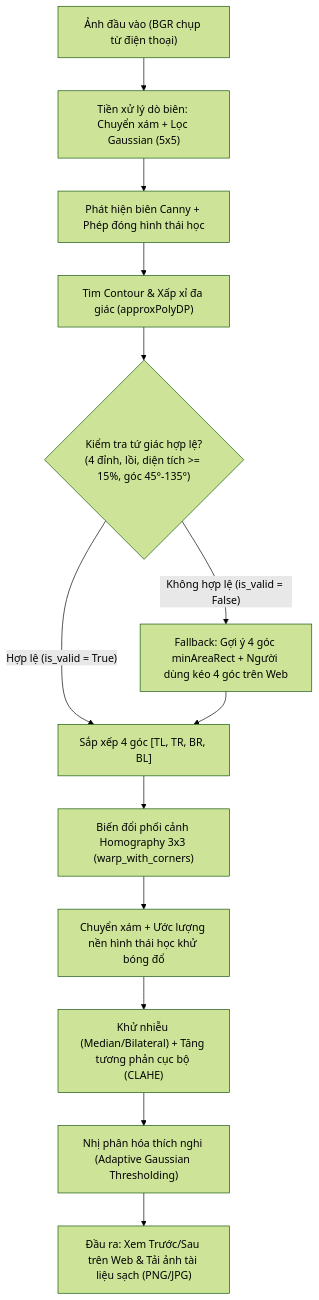
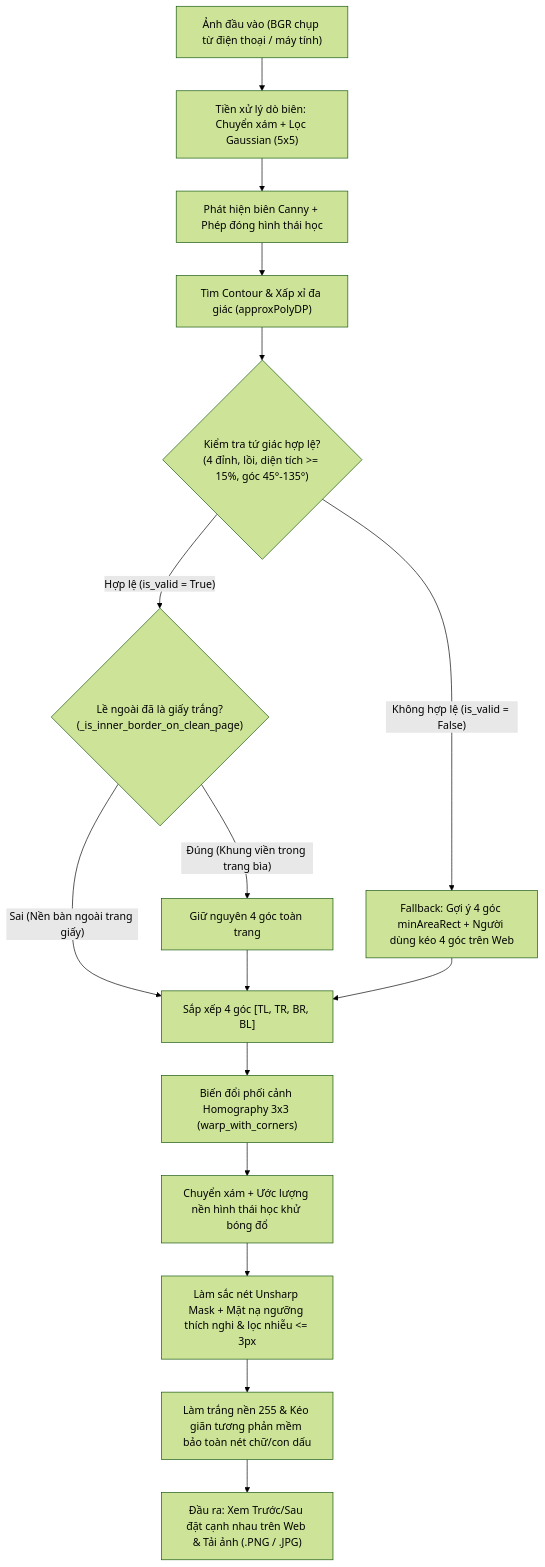
The diagram in README.md (nhungdn/enhance-docs-quality), drawn with Mermaid (forest theme) before and after one commit. The commit also changed other lines of this file and 6 other files, not shown here.

````diff
--- a/README.md
+++ b/README.md
@@ -59,15 +59,18 @@
 ```mermaid
 flowchart TD
-    A["Ảnh đầu vào (BGR chụp từ điện thoại)"] --> B["Tiền xử lý dò biên: Chuyển xám + Lọc Gaussian (5x5)"]
+    A["Ảnh đầu vào (BGR chụp từ điện thoại / máy tính)"] --> B["Tiền xử lý dò biên: Chuyển xám + Lọc Gaussian (5x5)"]
     B --> C["Phát hiện biên Canny + Phép đóng hình thái học"]
     C --> D["Tìm Contour & Xấp xỉ đa giác (approxPolyDP)"]
     D --> E{"Kiểm tra tứ giác hợp lệ?\n(4 đỉnh, lồi, diện tích >= 15%, góc 45°-135°)"}
-    E -- "Hợp lệ (is_valid = True)" --> F["Sắp xếp 4 góc [TL, TR, BR, BL]"]
+    E -- "Hợp lệ (is_valid = True)" --> E1{"Lề ngoài đã là giấy trắng?\n(_is_inner_border_on_clean_page)"}
+    E1 -- "Đúng (Khung viền trong trang bìa)" --> E2["Giữ nguyên 4 góc toàn trang"]
+    E1 -- "Sai (Nền bàn ngoài trang giấy)" --> F["Sắp xếp 4 góc [TL, TR, BR, BL]"]
+    E2 --> F
     E -- "Không hợp lệ (is_valid = False)" --> G["Fallback: Gợi ý 4 góc minAreaRect + Người dùng kéo 4 góc trên Web"]
     G --> F
     F --> H["Biến đổi phối cảnh Homography 3x3 (warp_with_corners)"]
     H --> I["Chuyển xám + Ước lượng nền hình thái học khử bóng đổ"]
-    I --> J["Khử nhiễu (Median/Bilateral) + Tăng tương phản cục bộ (CLAHE)"]
-    J --> K["Nhị phân hóa thích nghi (Adaptive Gaussian Thresholding)"]
-    K --> L["Đầu ra: Xem Trước/Sau trên Web & Tải ảnh tài liệu sạch (PNG/JPG)"]
+    I --> J["Làm sắc nét Unsharp Mask + Mặt nạ ngưỡng thích nghi & lọc nhiễu <= 3px"]
+    J --> K["Làm trắng nền 255 & Kéo giãn tương phản mềm bảo toàn nét chữ/con dấu"]
+    K --> L["Đầu ra: Xem Trước/Sau đặt cạnh nhau trên Web & Tải ảnh (.PNG / .JPG)"]
 ```
````
